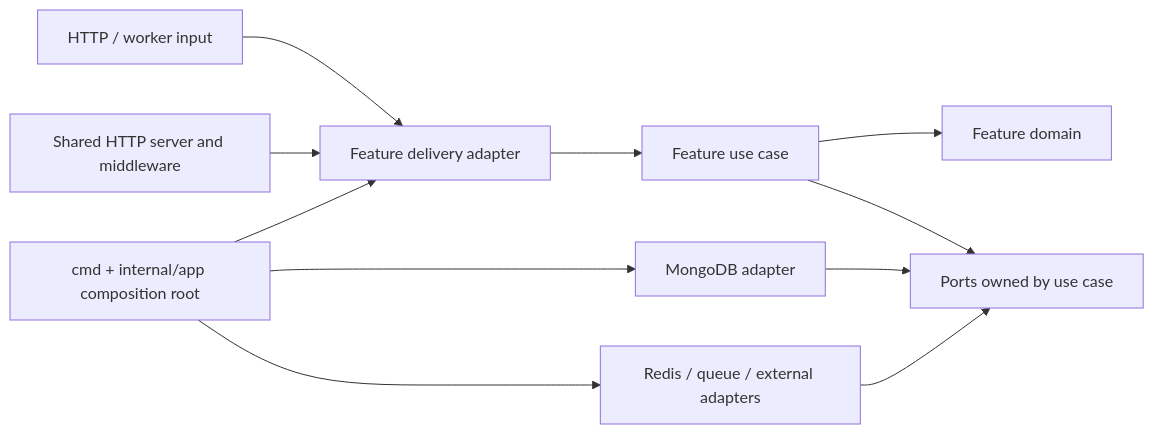
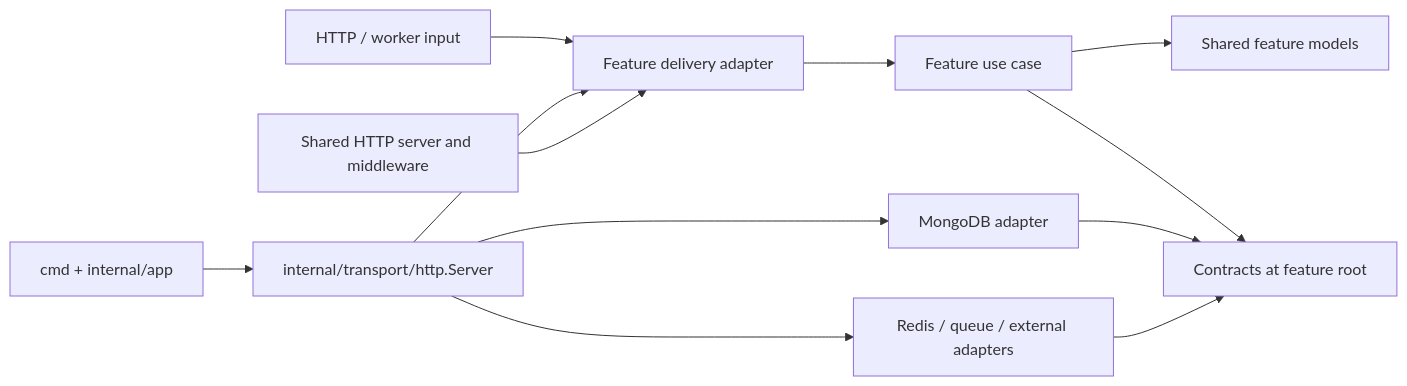
Before and after one commit to d0hx4n2503/bento-backend-golang: the diagram in docs/architecture.md, drawn with Mermaid. The commit also changed other lines of this file and 8 other files, not shown here.

````diff
--- a/docs/architecture.md
+++ b/docs/architecture.md
@@ -28,13 +28,14 @@
 ```mermaid
 flowchart LR
   Client[HTTP / worker input] --> Delivery[Feature delivery adapter]
   Delivery --> Usecase[Feature use case]
-  Usecase --> Domain[Feature domain]
-  Usecase --> Ports[Ports owned by use case]
-  Mongo[MongoDB adapter] --> Ports
-  Redis[Redis / queue / external adapters] --> Ports
-  Process[cmd + internal/app composition root] --> Delivery
-  Process --> Mongo
-  Process --> Redis
+  Usecase --> Models[Shared feature models]
+  Usecase --> Contracts[Contracts at feature root]
+  Mongo[MongoDB adapter] --> Contracts
+  Redis[Redis / queue / external adapters] --> Contracts
+  Process[cmd + internal/app] --> HTTPServer[internal/transport/http.Server]
+  HTTPServer --> Delivery
+  HTTPServer --> Mongo
+  HTTPServer --> Redis
   Transport[Shared HTTP server and middleware] --> Delivery
 ```
````
